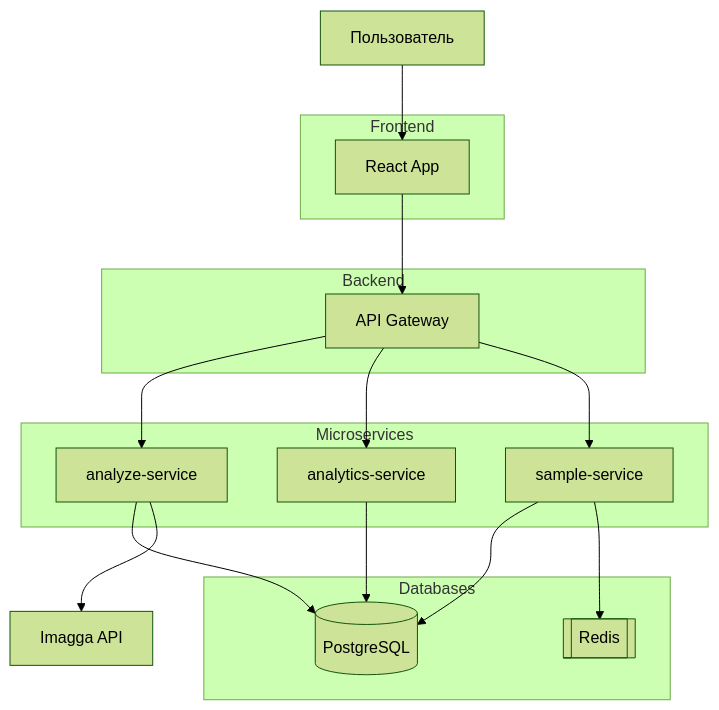
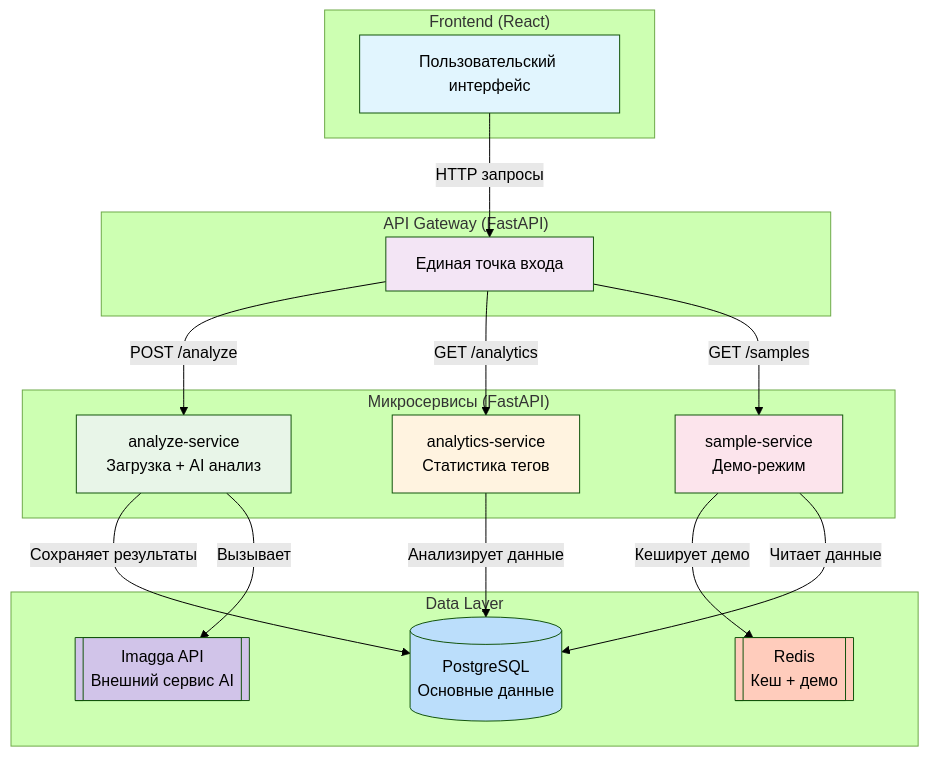
One commit to bravekirty/bravekirty changed the diagram in README.md. Above: the diagram before and after it, drawn with Mermaid (forest theme). The commit also changed other lines of this file, not shown here.

````diff
--- a/README.md
+++ b/README.md
@@ -113,37 +139,46 @@
 ```mermaid
 
 graph TB
-    subgraph Frontend
-        React[React App]
+    subgraph "Frontend (React)"
+        UI[Пользовательский интерфейс]
     end
     
-    subgraph Backend
-        Gateway[API Gateway]
+    subgraph "API Gateway (FastAPI)"
+        GW[Единая точка входа]
     end
     
-    subgraph Microservices
-        Analyze[analyze-service]
-        Analytics[analytics-service]
-        Sample[sample-service]
+    subgraph "Микросервисы (FastAPI)"
+        S1[analyze-service<br/>Загрузка + AI анализ]
+        S2[analytics-service<br/>Статистика тегов]
+        S3[sample-service<br/>Демо-режим]
     end
     
-    subgraph Databases
-        PostgreSQL[(PostgreSQL)]
-        Redis[["Redis"]]
+    subgraph "Data Layer"
+        DB[(PostgreSQL<br/>Основные данные)]
+        Cache[["Redis<br/>Кеш + демо"]]
+        ExtAPI[[Imagga API<br/>Внешний сервис AI]]
     end
     
-    User[Пользователь] --> React
-    React --> Gateway
+    UI -- "HTTP запросы" --> GW
     
-    Gateway --> Analyze
-    Gateway --> Analytics
-    Gateway --> Sample
+    GW -- "POST /analyze" --> S1
+    GW -- "GET /analytics" --> S2
+    GW -- "GET /samples" --> S3
     
-    Analyze --> PostgreSQL
-    Analyze --> External[Imagga API]
+    S1 -- "Сохраняет результаты" --> DB
+    S1 -- "Вызывает" --> ExtAPI
     
-    Analytics --> PostgreSQL
-    Sample --> PostgreSQL
-    Sample --> Redis
-
+    S2 -- "Анализирует данные" --> DB
+    
+    S3 -- "Кеширует демо" --> Cache
+    S3 -- "Читает данные" --> DB
+    
+    style UI fill:#e1f5fe
+    style GW fill:#f3e5f5
+    style S1 fill:#e8f5e8
+    style S2 fill:#fff3e0
+    style S3 fill:#fce4ec
+    style DB fill:#bbdefb
+    style Cache fill:#ffccbc
+    style ExtAPI fill:#d1c4e9
 ```
````
